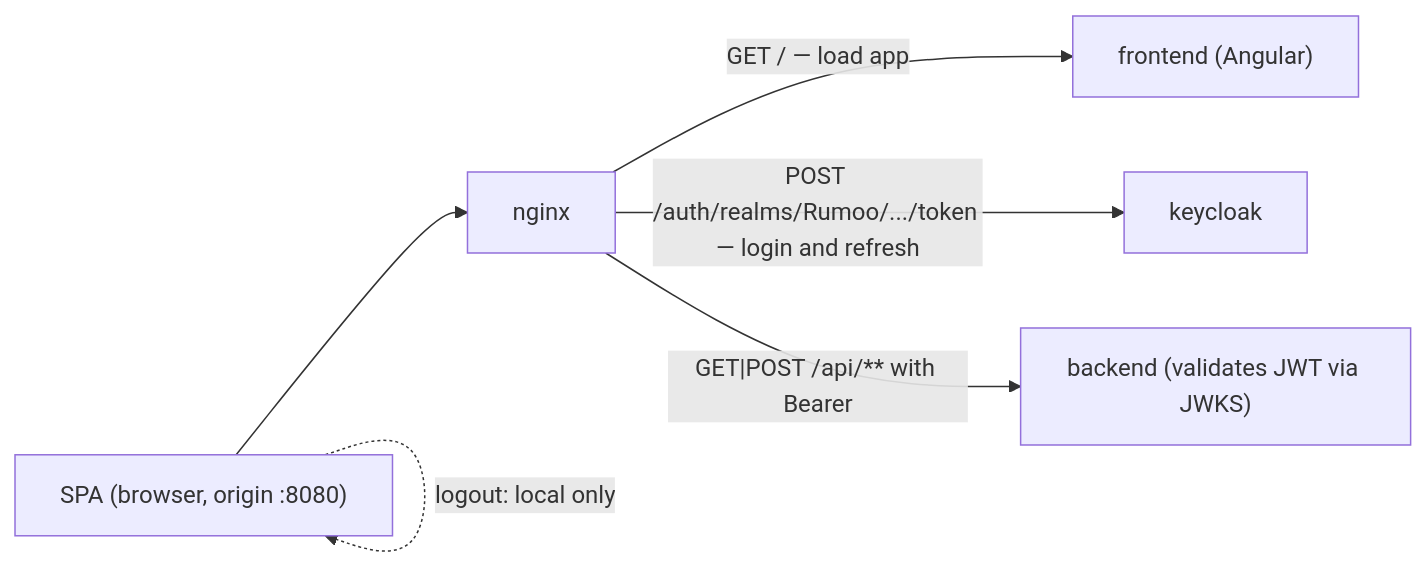
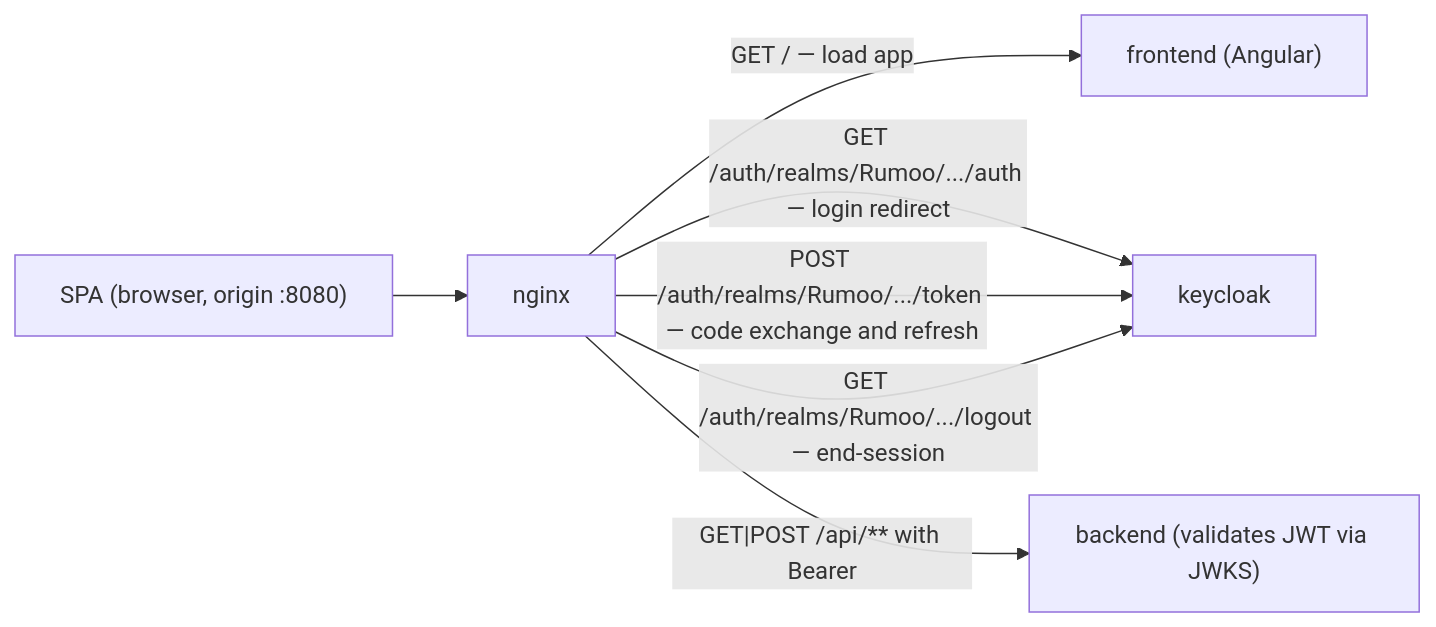
One commit to MatheusWith/Rumoo changed the third of 6 diagrams in docs/auth/authentication-authorization.md. Above: the diagram before and after it, drawn with Mermaid. The commit also changed other lines of this file and 20 other files, not shown here.

First line of the commit message:
feat(frontend): migrate auth from ROPC to Authorization Code + PKCE (#12)

````diff
--- a/docs/auth/authentication-authorization.md
+++ b/docs/auth/authentication-authorization.md
@@ -201,8 +197,9 @@
 ```mermaid
 flowchart LR
     SPA["SPA (browser, origin :8080)"] --> NGINX["nginx"]
     NGINX -->|"GET / — load app"| FE["frontend (Angular)"]
-    NGINX -->|"POST /auth/realms/Rumoo/.../token — login and refresh"| KC["keycloak"]
+    NGINX -->|"GET /auth/realms/Rumoo/.../auth — login redirect"| KC["keycloak"]
+    NGINX -->|"POST /auth/realms/Rumoo/.../token — code exchange and refresh"| KC
     NGINX -->|"GET|POST /api/** with Bearer"| BE["backend (validates JWT via JWKS)"]
-    SPA -.->|"logout: local only"| SPA
+    NGINX -->|"GET /auth/realms/Rumoo/.../logout — end-session"| KC
 ```
````
